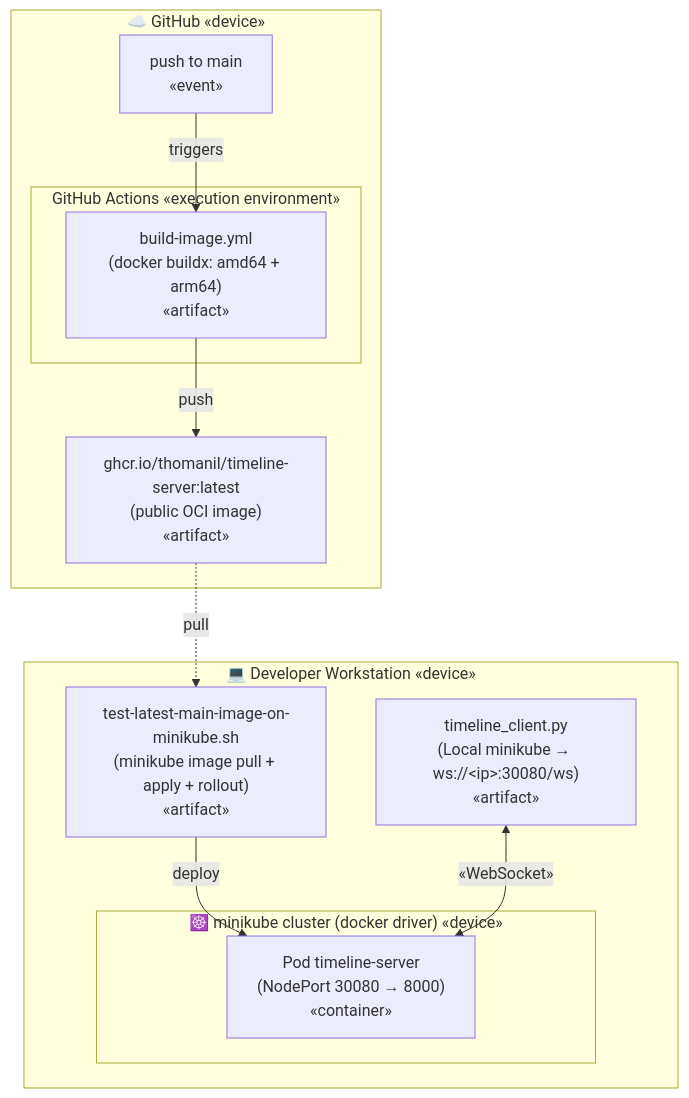
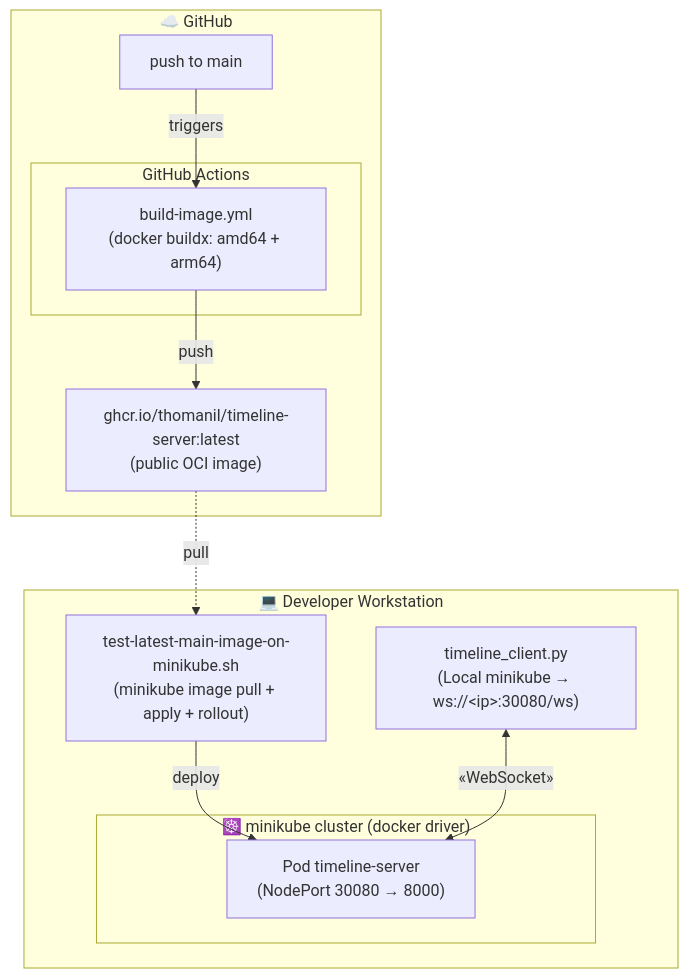
The fifth of 6 diagrams in README.md (thomanil/tech-sandbox), drawn with Mermaid before and after one commit. The commit also changed other lines of this file, not shown here.

````diff
--- a/README.md
+++ b/README.md
@@ -308,24 +308,24 @@
 ```mermaid
 flowchart TB
-  subgraph gh["☁️ GitHub &laquo;device&raquo;"]
-    repo["push to main<br/>&laquo;event&raquo;"]
-    subgraph actions["GitHub Actions &laquo;execution environment&raquo;"]
-      build["build-image.yml<br/>(docker buildx: amd64 + arm64)<br/>&laquo;artifact&raquo;"]
+  subgraph gh["☁️ GitHub"]
+    repo["push to main"]
+    subgraph actions["GitHub Actions"]
+      build["build-image.yml<br/>(docker buildx: amd64 + arm64)"]
     end
-    ghcr["ghcr.io/thomanil/timeline-server:latest<br/>(public OCI image)<br/>&laquo;artifact&raquo;"]
+    ghcr["ghcr.io/thomanil/timeline-server:latest<br/>(public OCI image)"]
   end
 
-  subgraph dev2["💻 Developer Workstation &laquo;device&raquo;"]
-    script["test-latest-main-image-on-minikube.sh<br/>(minikube image pull + apply + rollout)<br/>&laquo;artifact&raquo;"]
-    subgraph minikube["☸️ minikube cluster (docker driver) &laquo;device&raquo;"]
-      pod["Pod timeline-server<br/>(NodePort 30080 → 8000)<br/>&laquo;container&raquo;"]
+  subgraph dev2["💻 Developer Workstation"]
+    script["test-latest-main-image-on-minikube.sh<br/>(minikube image pull + apply + rollout)"]
+    subgraph minikube["☸️ minikube cluster (docker driver)"]
+      pod["Pod timeline-server<br/>(NodePort 30080 → 8000)"]
     end
-    client["timeline_client.py<br/>(Local minikube → ws://&lt;ip&gt;:30080/ws)<br/>&laquo;artifact&raquo;"]
+    client["timeline_client.py<br/>(Local minikube → ws://&lt;ip&gt;:30080/ws)"]
   end
 
   repo -->|triggers| build
   build -->|push| ghcr
   ghcr -.->|pull| script
   script -->|deploy| pod
   client <-->|"&laquo;WebSocket&raquo;"| pod
 ```
````
